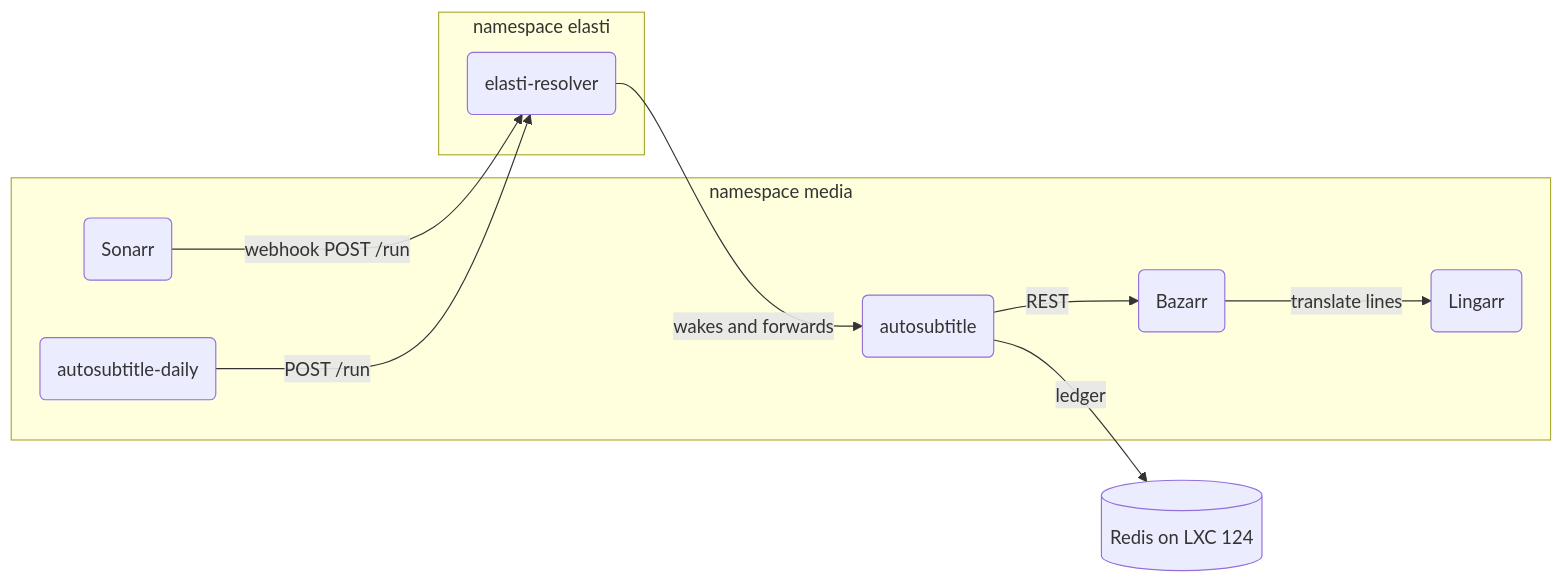
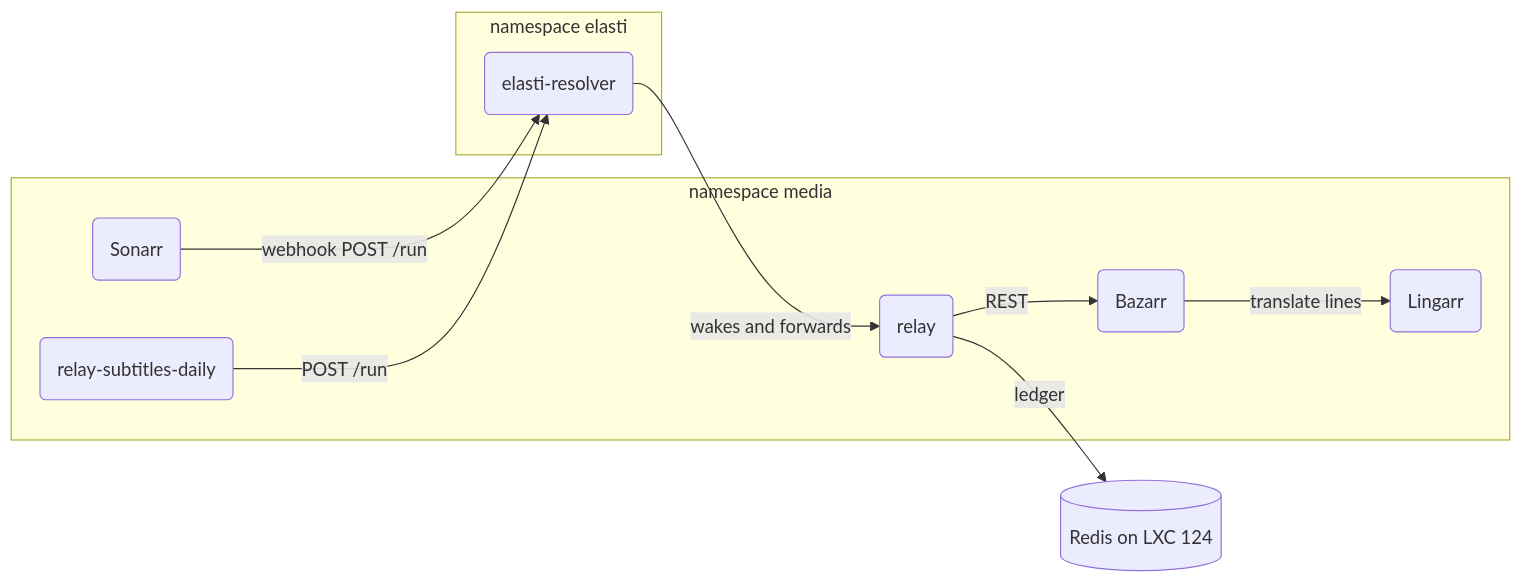
One commit to cristsr/homelab changed the diagram in docs/use-cases/README.md. Above: the diagram before and after it, drawn with Mermaid. The commit also changed other lines of this file and 13 other files, not shown here.

First line of the commit message:
feat(media): rename autosubtitle to relay and refresh Sonarr metadata on grab (#192)

````diff
--- a/docs/use-cases/README.md
+++ b/docs/use-cases/README.md
@@ -13,21 +13,21 @@
 ```mermaid
 flowchart LR
   subgraph media["namespace media"]
     Sonarr("Sonarr")
-    CronJob("autosubtitle-daily")
-    Worker("autosubtitle")
+    CronJob("relay-subtitles-daily")
+    Worker("relay")
     Bazarr("Bazarr")
     Lingarr("Lingarr")
   end
   subgraph elasti["namespace elasti"]
     Resolver("elasti-resolver")
   end
   Redis[("Redis on LXC 124")]
 
   Sonarr -- "webhook POST /run" --> Resolver
   CronJob -- "POST /run" --> Resolver
   Resolver -- "wakes and forwards" --> Worker
   Worker -- "REST" --> Bazarr
   Worker -- "ledger" --> Redis
   Bazarr -- "translate lines" --> Lingarr
 ```
````
